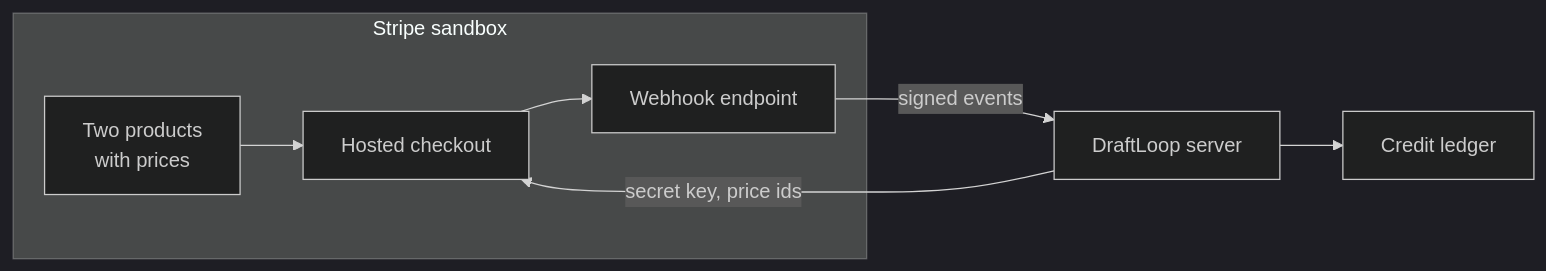
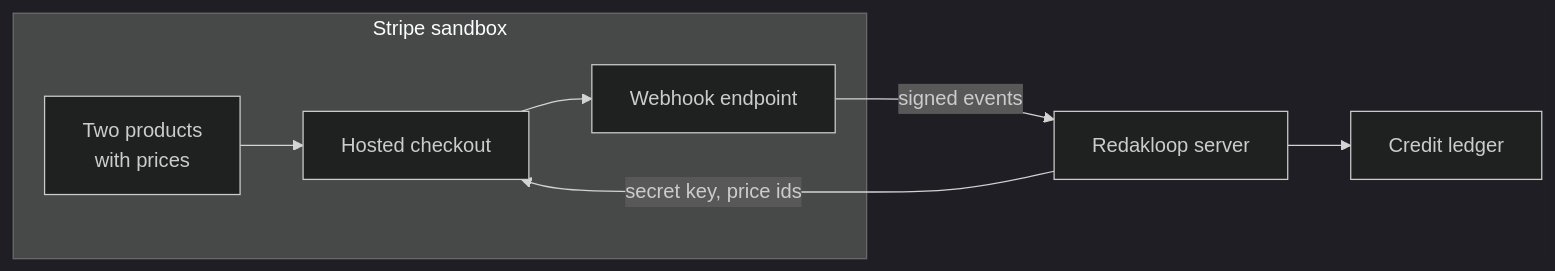
The diagram in docs/operations/stripe-test-mode.md (akoita/draft-loop), drawn with Mermaid (dark theme) before and after one commit. The commit also changed other lines of this file and 319 other files, not shown here.

````diff
--- a/docs/operations/stripe-test-mode.md
+++ b/docs/operations/stripe-test-mode.md
@@ -19,10 +19,10 @@
 ```mermaid
 flowchart LR
   subgraph Stripe sandbox
     P[Two products<br/>with prices] --> C[Hosted checkout]
     C --> W[Webhook endpoint]
   end
-  S[DraftLoop server] -- secret key, price ids --> C
+  S[Redakloop server] -- secret key, price ids --> C
   W -- signed events --> S
   S --> L[Credit ledger]
 ```
````
